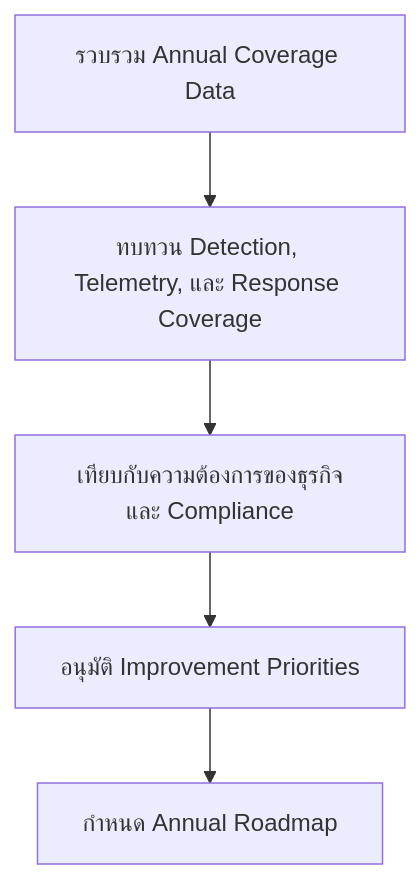
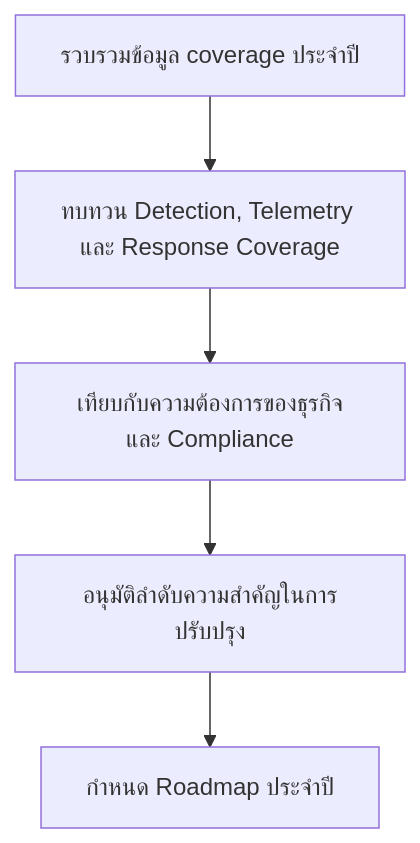
The diagram in 11_Reporting_Templates/Annual_Control_Coverage_Review_Pack.th.md (nutthakorn7/SOC-Standard-Operating-Procedures), drawn with Mermaid before and after one commit. The commit also changed other lines of this file and 3 other files, not shown here.

````diff
--- a/11_Reporting_Templates/Annual_Control_Coverage_Review_Pack.th.md
+++ b/11_Reporting_Templates/Annual_Control_Coverage_Review_Pack.th.md
@@ -6,7 +6,7 @@
 ```mermaid
 graph TD
-    A["รวบรวม Annual Coverage Data"] --> B["ทบทวน Detection, Telemetry, และ Response Coverage"]
+    A["รวบรวมข้อมูล coverage ประจำปี"] --> B["ทบทวน Detection, Telemetry และ Response Coverage"]
     B --> C["เทียบกับความต้องการของธุรกิจและ Compliance"]
-    C --> D["อนุมัติ Improvement Priorities"]
-    D --> E["กำหนด Annual Roadmap"]
+    C --> D["อนุมัติลำดับความสำคัญในการปรับปรุง"]
+    D --> E["กำหนด Roadmap ประจำปี"]
 ```
````
